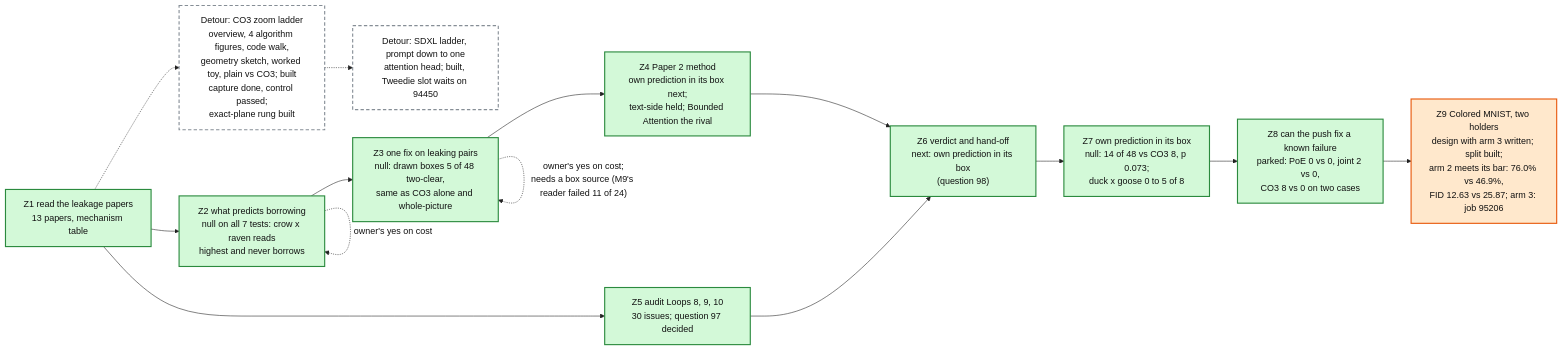
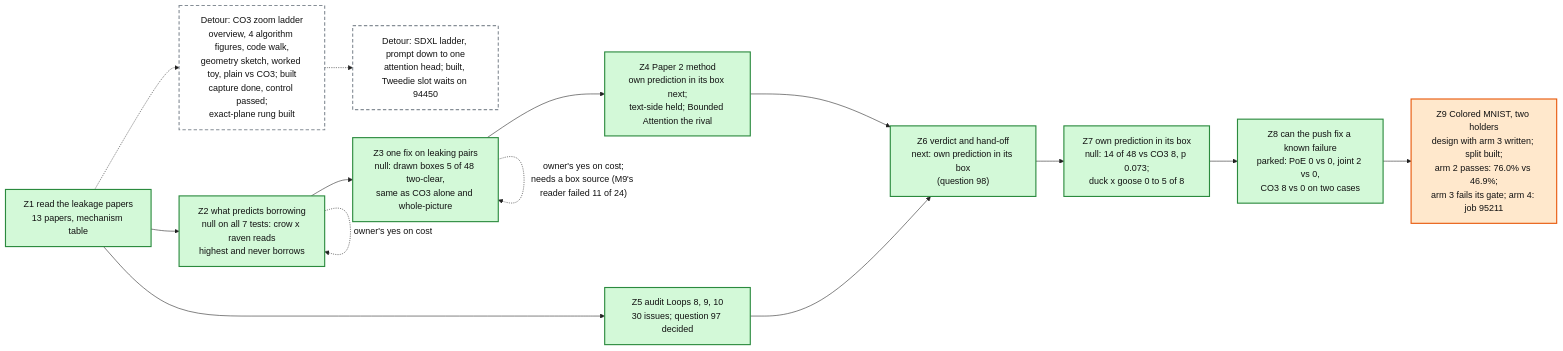
One commit to mo-rsa24/concept-composition changed the diagram in artifacts/notes/progress/leakage/loop-12-progress.mmd. Above: the diagram before and after it, drawn with Mermaid. The commit also changed 1 other file, not shown here.

Commit message:
Loop 12 map: Z9 arm 3 gate failed, arm 4 queued

```diff
--- a/artifacts/notes/progress/leakage/loop-12-progress.mmd
+++ b/artifacts/notes/progress/leakage/loop-12-progress.mmd
@@ -1,26 +1,26 @@
 %%{init: {'theme': 'base', 'themeVariables': {'fontFamily': 'monospace', 'primaryColor': '#ffffff', 'primaryBorderColor': '#222222', 'primaryTextColor': '#111111', 'lineColor': '#222222'}}}%%
 flowchart LR
   Z1["Z1 read the leakage papers<br/>13 papers, mechanism table"]:::done
   Z2["Z2 what predicts borrowing<br/>null on all 7 tests: crow x raven reads<br/>highest and never borrows"]:::done
   Z3["Z3 one fix on leaking pairs<br/>null: drawn boxes 5 of 48 two-clear,<br/>same as CO3 alone and whole-picture"]:::done
   Z4["Z4 Paper 2 method<br/>own prediction in its box next;<br/>text-side held; Bounded Attention the rival"]:::done
   Z5["Z5 audit Loops 8, 9, 10<br/>30 issues; question 97 decided"]:::done
   Z6["Z6 verdict and hand-off<br/>next: own prediction in its box<br/>(question 98)"]:::done
   LAD["Detour: CO3 zoom ladder<br/>overview, 4 algorithm figures, code walk,<br/>geometry sketch, worked toy, plain vs CO3; built<br/>capture done, control passed;<br/>exact-plane rung built"]:::detour
   Z1 -.-> LAD
   SDX["Detour: SDXL ladder, prompt down to one<br/>attention head; built, Tweedie slot waits on 94450"]:::detour
   LAD -.-> SDX
   Z1 --> Z2 --> Z3 --> Z4 --> Z6
   Z1 --> Z5 --> Z6
   Z2 -. "owner's yes on cost" .-> Z2
   Z3 -. "owner's yes on cost;<br/>needs a box source (M9's reader failed 11 of 24)" .-> Z3
   Z7["Z7 own prediction in its box<br/>null: 14 of 48 vs CO3 8, p 0.073;<br/>duck x goose 0 to 5 of 8"]:::done
   Z6 --> Z7
   Z8["Z8 can the push fix a known failure<br/>parked: PoE 0 vs 0, joint 2 vs 0,<br/>CO3 8 vs 0 on two cases"]:::done
   Z7 --> Z8
-  Z9["Z9 Colored MNIST, two holders<br/>design with arm 3 written; split built;<br/>arm 2 meets its bar: 76.0% vs 46.9%,<br/>FID 12.63 vs 25.87; arm 3: job 95206"]:::doing
+  Z9["Z9 Colored MNIST, two holders<br/>design with arm 3 written; split built;<br/>arm 2 passes: 76.0% vs 46.9%;<br/>arm 3 fails its gate; arm 4: job 95211"]:::doing
   Z8 --> Z9
   classDef done fill:#d3f9d8,stroke:#2b8a3e,stroke-width:2px
   classDef doing fill:#ffe8cc,stroke:#e8590c,stroke-width:2px
   classDef detour fill:#ffffff,stroke:#868e96,stroke-width:2px,stroke-dasharray: 6 4
   classDef todo fill:#f1f3f5,stroke:#868e96,stroke-width:2px
```
